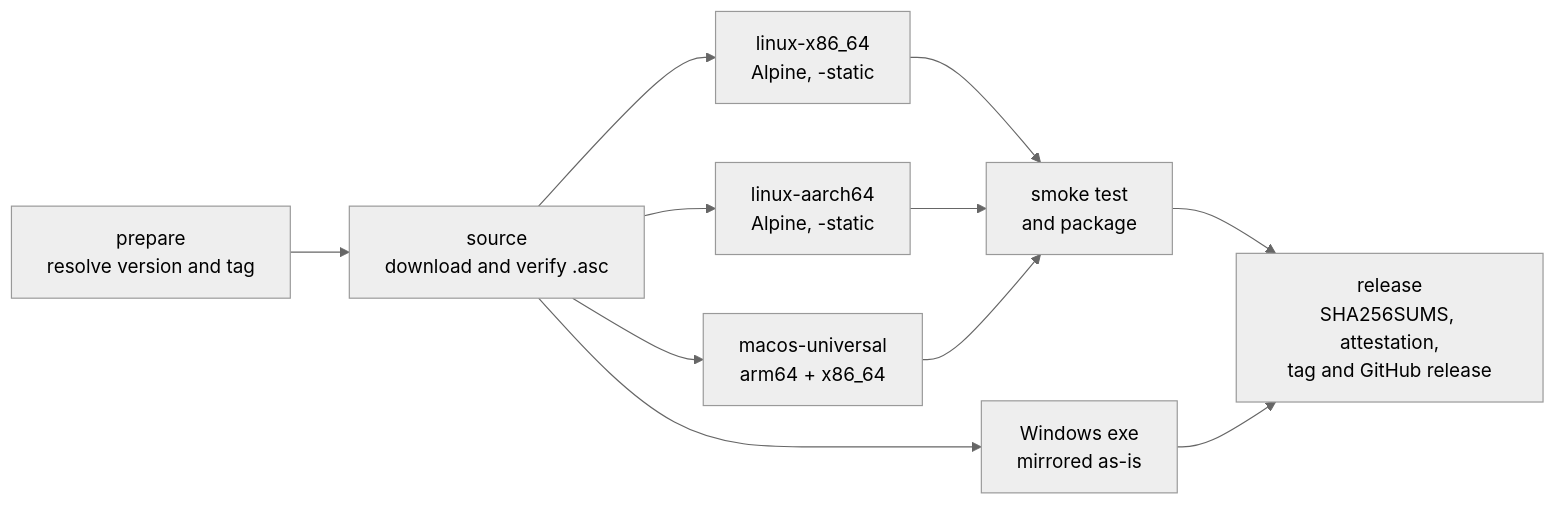
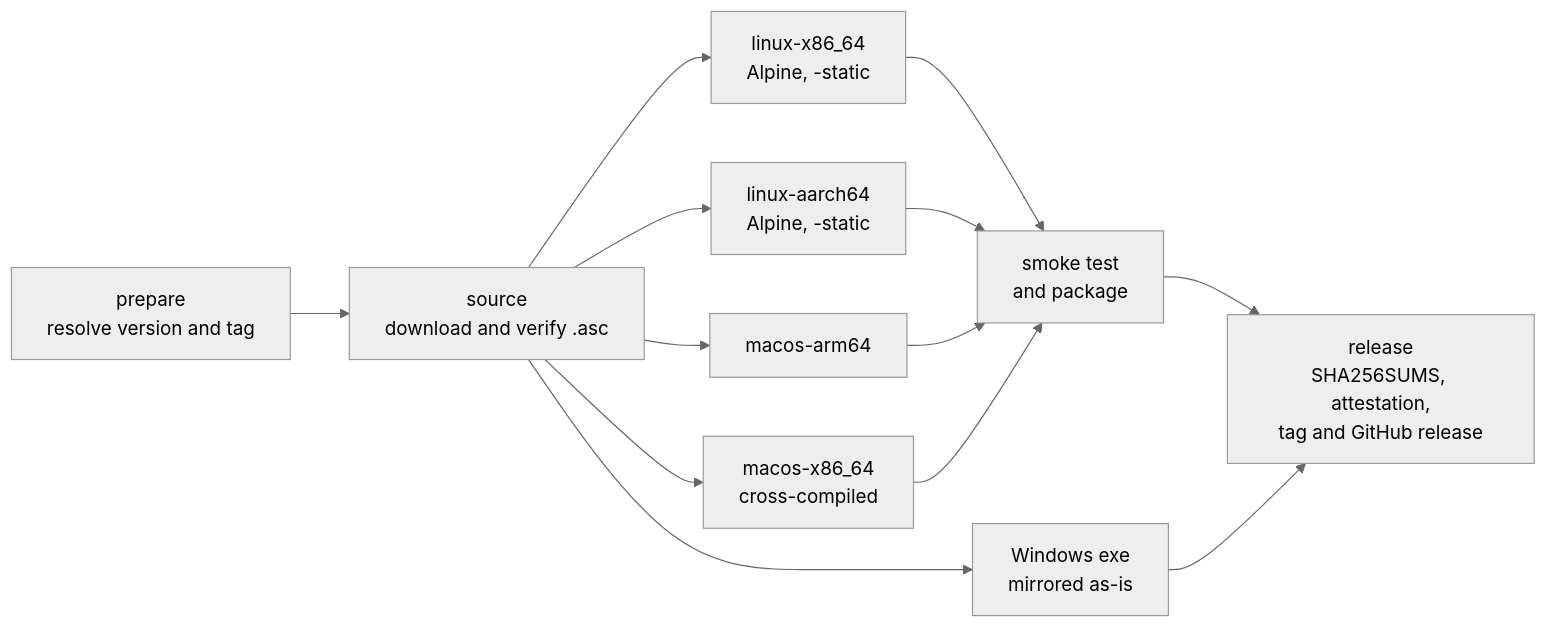
Before and after one commit to be-hase/thrift-compiler-binaries: the first of 2 diagrams in README.md, drawn with Mermaid (neutral theme). The commit also changed other lines of this file and 4 other files, not shown here.

First line of the commit message:
Ship separate macOS binaries per architecture

````diff
--- a/README.md
+++ b/README.md
@@ -87,10 +88,11 @@
 ```mermaid
 flowchart LR
     prepare["prepare<br/>resolve version and tag"] --> source["source<br/>download and verify .asc"]
     source --> lx["linux-x86_64<br/>Alpine, -static"]
     source --> la["linux-aarch64<br/>Alpine, -static"]
-    source --> mac["macos-universal<br/>arm64 + x86_64"]
+    source --> ma["macos-arm64"]
+    source --> mx["macos-x86_64<br/>cross-compiled"]
     source --> win["Windows exe<br/>mirrored as-is"]
-    lx & la & mac --> smoke["smoke test<br/>and package"]
+    lx & la & ma & mx --> smoke["smoke test<br/>and package"]
     smoke & win --> release["release<br/>SHA256SUMS, attestation,<br/>tag and GitHub release"]
 ```
````
